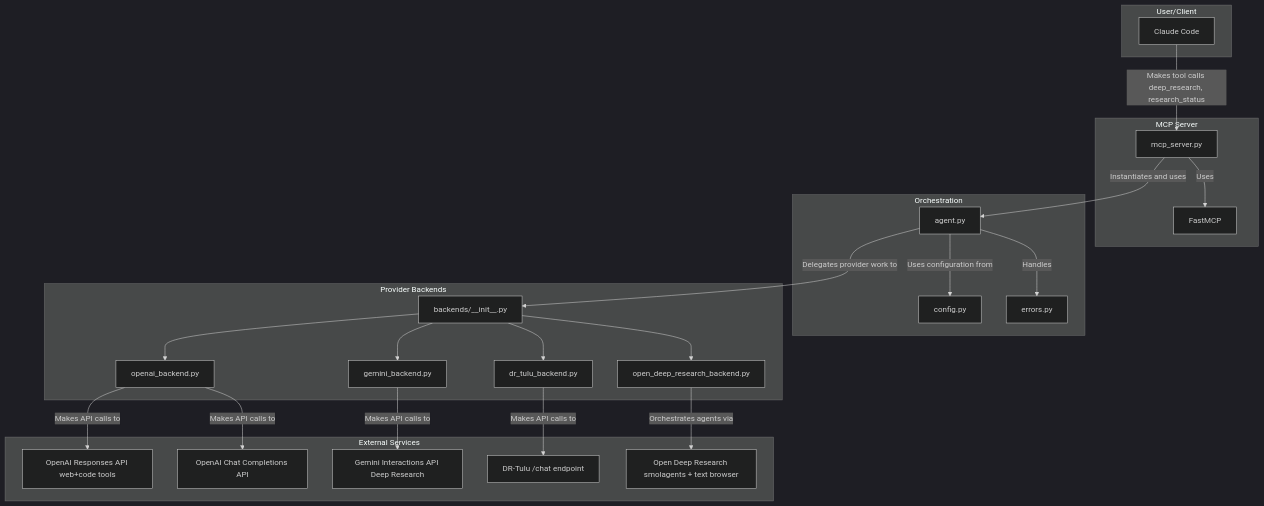
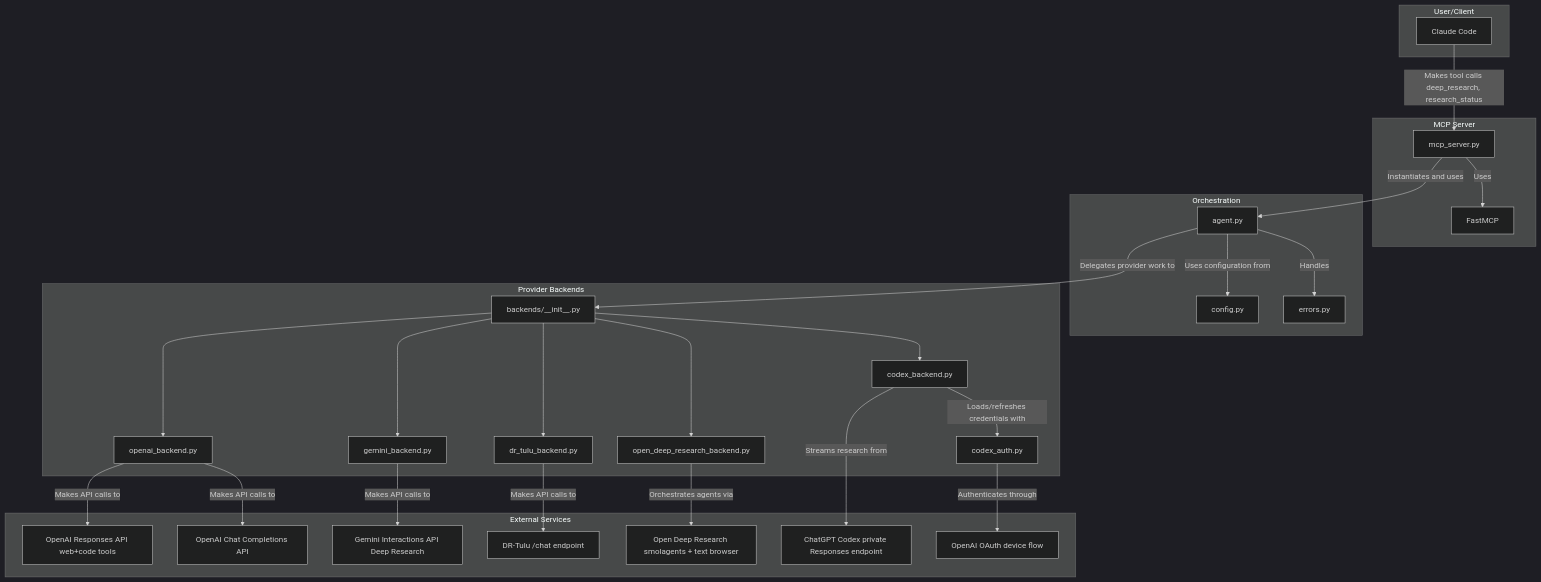
Before and after one commit to pminervini/deep-research-mcp: the diagram in ARCH.md, drawn with Mermaid (dark theme). The commit also changed other lines of this file and 20 other files, not shown here.

Commit message:
feat: add OpenAI Codex subscription provider

````diff
--- a/ARCH.md
+++ b/ARCH.md
@@ -15,49 +15,57 @@
 ```mermaid
 graph TD
     subgraph User/Client
         A[Claude Code]
     end
 
     subgraph MCP Server
         B[mcp_server.py]
         C[FastMCP]
     end
 
     subgraph Orchestration
         D[agent.py]
         E[config.py]
         F[errors.py]
     end
 
     subgraph Provider Backends
         P[backends/__init__.py]
         P1[openai_backend.py]
         P2[gemini_backend.py]
         P3[dr_tulu_backend.py]
         P4[open_deep_research_backend.py]
+        P5[codex_backend.py]
+        CA[codex_auth.py]
     end
 
     subgraph External Services
         H[OpenAI Responses API web+code tools]
         H2[OpenAI Chat Completions API]
         H3[Gemini Interactions API Deep Research]
         H4[DR-Tulu /chat endpoint]
         M[Open Deep Research smolagents + text browser]
+        H5[ChatGPT Codex private Responses endpoint]
+        OA[OpenAI OAuth device flow]
     end
 
     A -- "Makes tool calls deep_research, research_status" --> B
     B -- "Uses" --> C
     B -- "Instantiates and uses" --> D
     D -- "Uses configuration from" --> E
     D -- "Handles" --> F
     D -- "Delegates provider work to" --> P
     P --> P1
     P --> P2
     P --> P3
     P --> P4
+    P --> P5
     P1 -- "Makes API calls to" --> H
     P1 -- "Makes API calls to" --> H2
     P2 -- "Makes API calls to" --> H3
     P3 -- "Makes API calls to" --> H4
     P4 -- "Orchestrates agents via" --> M
+    P5 -- "Streams research from" --> H5
+    P5 -- "Loads/refreshes credentials with" --> CA
+    CA -- "Authenticates through" --> OA
 ```
````
